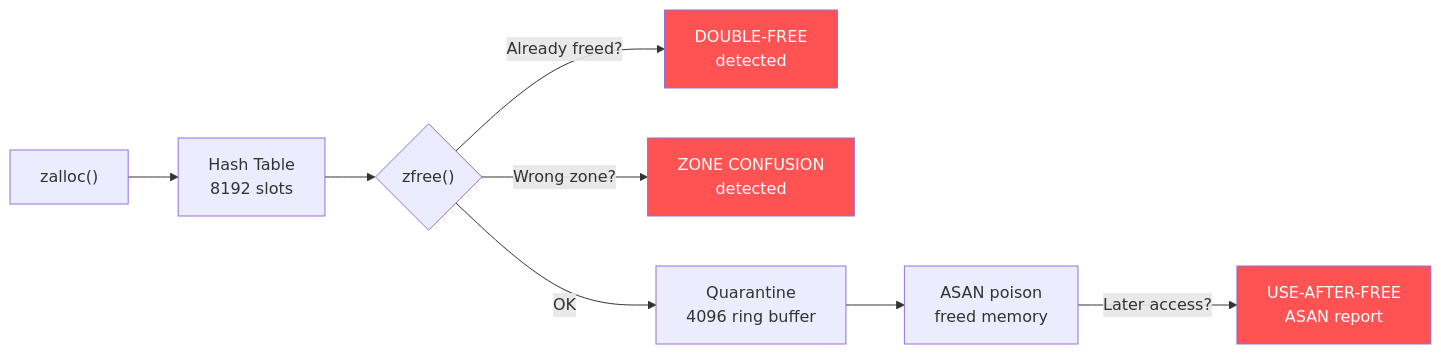
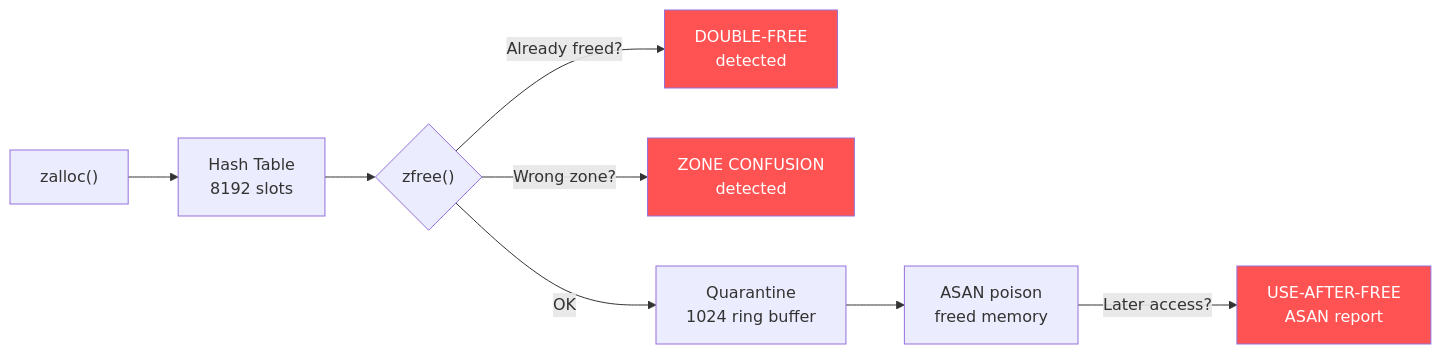
One commit to kosiorkosa47/SockFuzzerAppleSilicon changed the second of 2 diagrams in README.md. Above: the diagram before and after it, drawn with Mermaid. The commit also changed other lines of this file and 1 other file, not shown here.

````diff
--- a/README.md
+++ b/README.md
@@ -176,14 +176,14 @@
 ```mermaid
 graph LR
     A["zalloc()"] --> B["Hash Table<br/>8192 slots"]
     B --> C{"zfree()"}
     C -- "Already freed?" --> D["DOUBLE-FREE<br/>detected"]
     C -- "Wrong zone?" --> E["ZONE CONFUSION<br/>detected"]
-    C -- "OK" --> F["Quarantine<br/>4096 ring buffer"]
+    C -- "OK" --> F["Quarantine<br/>1024 ring buffer"]
     F --> G["ASAN poison<br/>freed memory"]
     G -- "Later access?" --> H["USE-AFTER-FREE<br/>ASAN report"]
 
     style D fill:#ff5252,color:#fff
     style E fill:#ff5252,color:#fff
     style H fill:#ff5252,color:#fff
 ```
````
